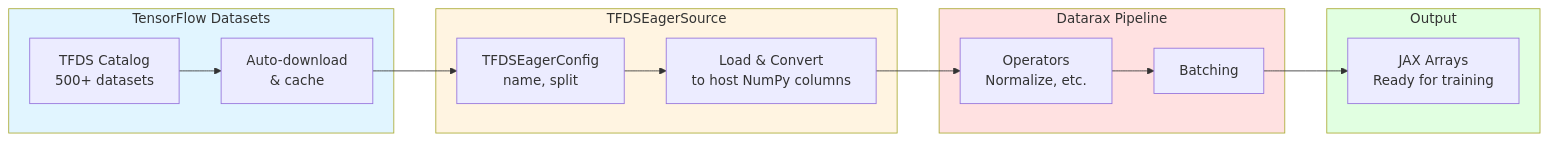
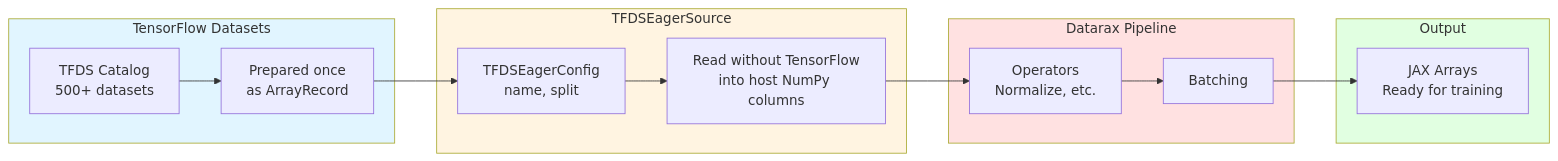
Before and after one commit to avitai/datarax: the diagram in docs/examples/integration/tfds/tfds-quickref.md, drawn with Mermaid. The commit also changed other lines of this file and 75 other files, not shown here.

First line of the commit message:
refactor(sources)!: TFDS without TensorFlow (#59)

````diff
--- a/docs/examples/integration/tfds/tfds-quickref.md
+++ b/docs/examples/integration/tfds/tfds-quickref.md
@@ -230,33 +219,33 @@
 ```mermaid
 flowchart LR
     subgraph TFDS["TensorFlow Datasets"]
         Catalog[TFDS Catalog<br/>500+ datasets]
-        Download[Auto-download<br/>& cache]
+        Prepare[Prepared once<br/>as ArrayRecord]
     end
 
     subgraph Source["TFDSEagerSource"]
         Config[TFDSEagerConfig<br/>name, split]
-        Load[Load & Convert<br/>to host NumPy columns]
+        Load[Read without TensorFlow<br/>into host NumPy columns]
     end
 
     subgraph Pipeline["Datarax Pipeline"]
         Op[Operators<br/>Normalize, etc.]
         Batch[Batching]
     end
 
     subgraph Output["Output"]
         JAX[JAX Arrays<br/>Ready for training]
     end
 
-    Catalog --> Download
-    Download --> Config
+    Catalog --> Prepare
+    Prepare --> Config
     Config --> Load
     Load --> Op
     Op --> Batch
     Batch --> JAX
 
     style TFDS fill:#e1f5ff
     style Source fill:#fff4e1
     style Pipeline fill:#ffe1e1
     style Output fill:#e1ffe1
 ```
````
